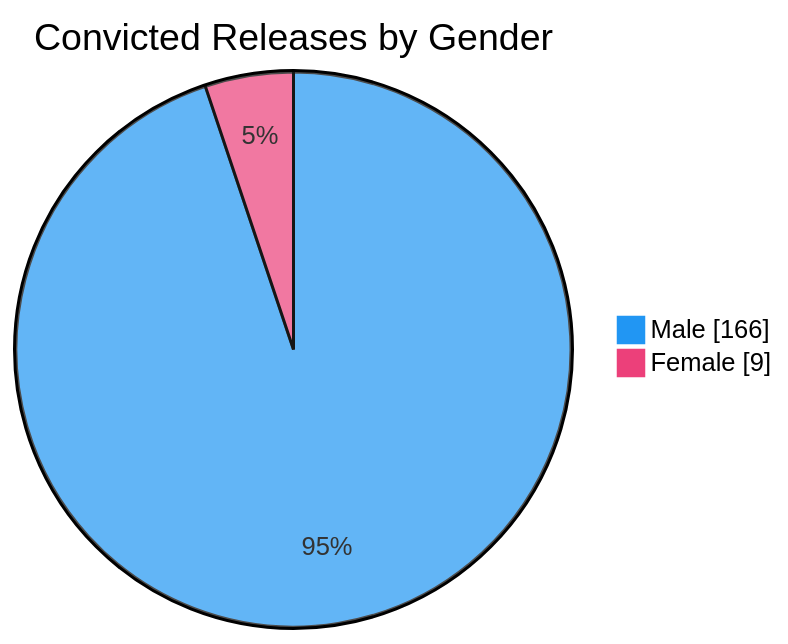
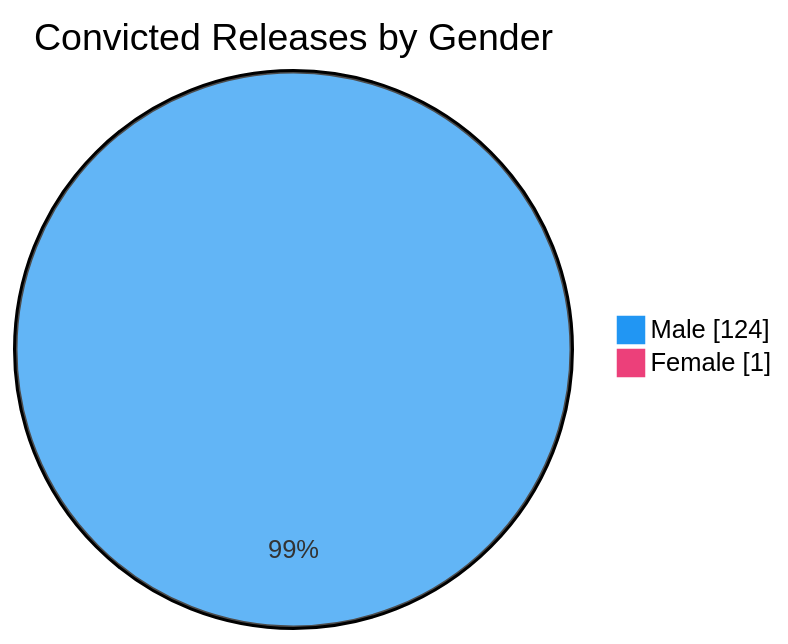
One commit to nuuuwan/lk_prisons changed the sixth of 7 diagrams in README.md. Above: the diagram before and after it, drawn with Mermaid. The commit also changed other lines of this file and 1 other file, not shown here.

````diff
--- a/README.md
+++ b/README.md
@@ -98,6 +98,6 @@
 ```mermaid
 %%{init: {'themeVariables': {'pie1': '#2196F3', 'pie2': '#EC407A'}}}%%
 pie showData title Convicted Releases by Gender
-    "Male" : 166
-    "Female" : 9
+    "Male" : 124
+    "Female" : 1
 ```
````
